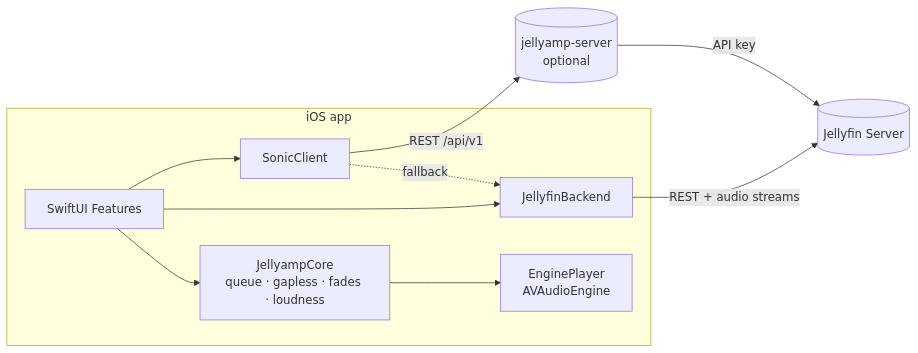
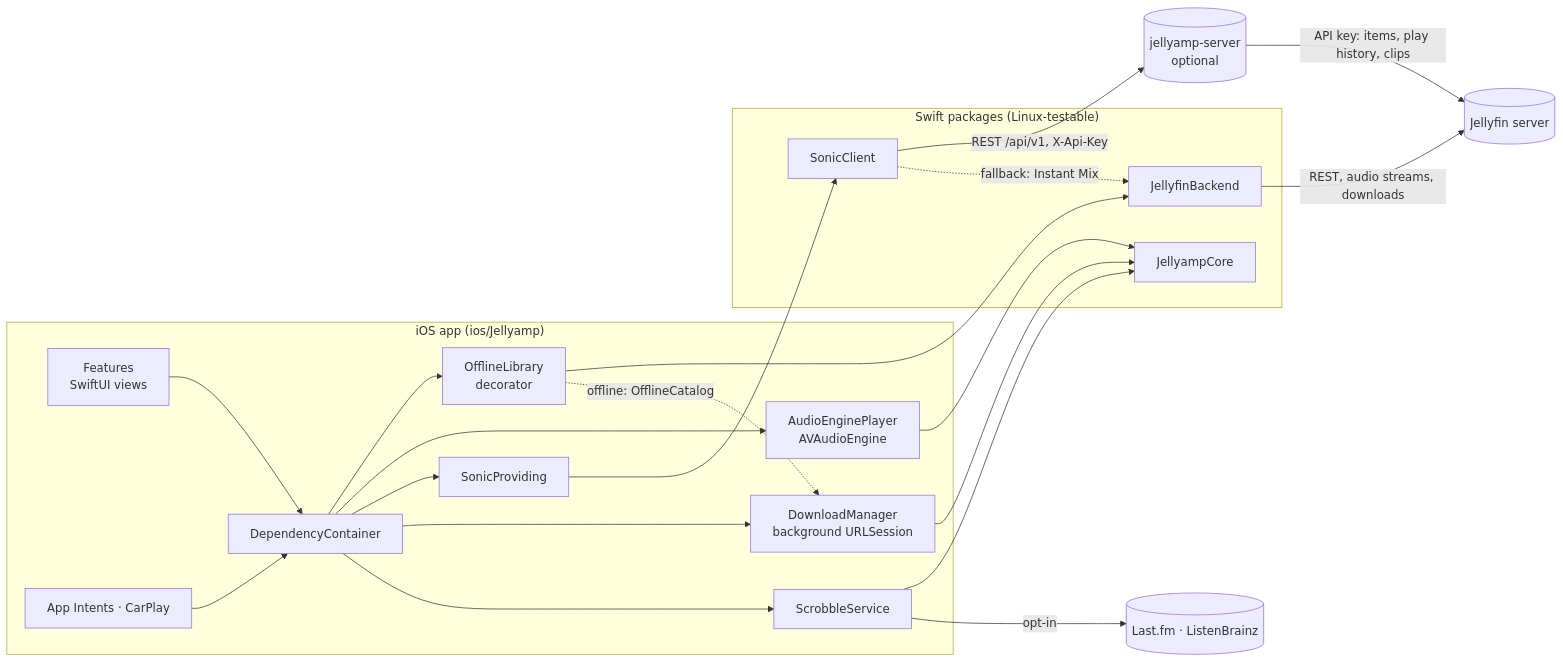
One commit to DJTobi24/jellyamp changed the diagram in docs/ARCHITECTURE.md. Above: the diagram before and after it, drawn with Mermaid. The commit also changed other lines of this file and 10 other files, not shown here.

````diff
--- a/docs/ARCHITECTURE.md
+++ b/docs/ARCHITECTURE.md
@@ -9,13 +10,28 @@
 ```mermaid
 flowchart LR
-    subgraph iOS app
-        UI[SwiftUI Features] --> Core[JellyampCore<br/>queue · gapless · fades · loudness]
-        UI --> JB[JellyfinBackend]
-        UI --> SC[SonicClient]
-        Core --> Engine[EnginePlayer<br/>AVAudioEngine]
+    subgraph app["iOS app (ios/Jellyamp)"]
+        UI["Features<br/>SwiftUI views"] --> DC["DependencyContainer"]
+        DC --> OL["OfflineLibrary<br/>decorator"]
+        DC --> AEP["AudioEnginePlayer<br/>AVAudioEngine"]
+        DC --> SP["SonicProviding"]
+        DC --> DM["DownloadManager<br/>background URLSession"]
+        DC --> SCR["ScrobbleService"]
+        INT["App Intents · CarPlay"] --> DC
     end
-    JB -->|REST + audio streams| JF[(Jellyfin Server)]
-    SC -->|REST /api/v1| JS[(jellyamp-server<br/>optional)]
-    SC -.fallback.-> JB
-    JS -->|API key| JF
+    subgraph pkgs["Swift packages (Linux-testable)"]
+        Core["JellyampCore"]
+        JB["JellyfinBackend"]
+        SC["SonicClient"]
+    end
+    OL --> JB
+    OL -. "offline: OfflineCatalog" .-> DM
+    AEP --> Core
+    DM --> Core
+    SCR --> Core
+    SP --> SC
+    JB -->|"REST, audio streams, downloads"| JF[("Jellyfin server")]
+    SC -->|"REST /api/v1, X-Api-Key"| JS[("jellyamp-server<br/>optional")]
+    SC -. "fallback: Instant Mix" .-> JB
+    JS -->|"API key: items, play history, clips"| JF
+    SCR -->|"opt-in"| EXT[("Last.fm · ListenBrainz")]
 ```
````
